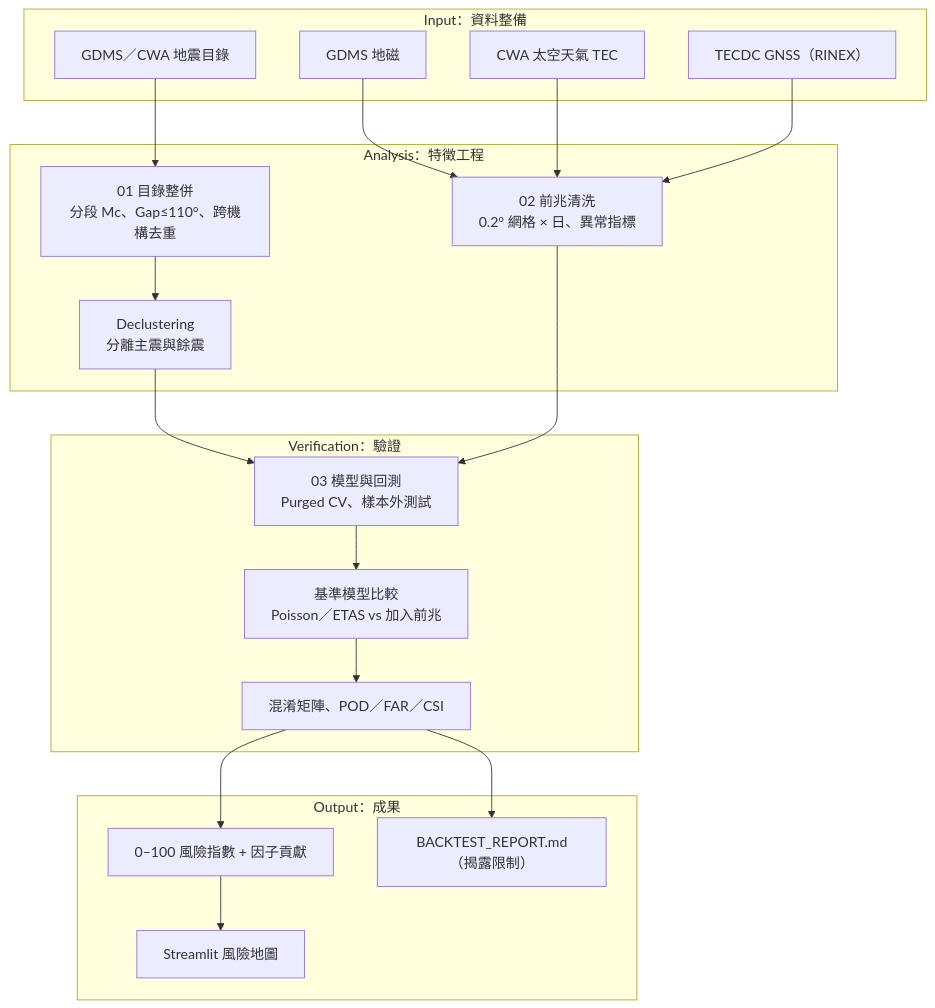
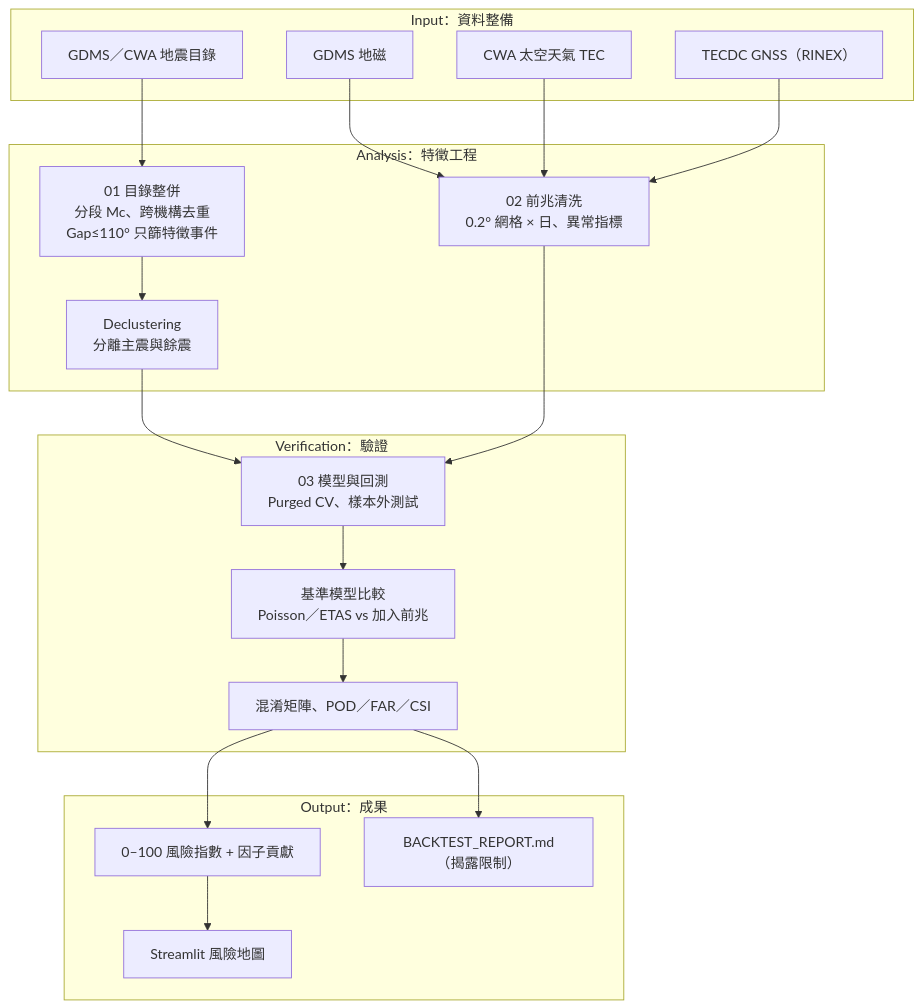
Before and after one commit to Azazelowo/earthquake-risk-project: the second of 2 diagrams in docs/PROJECT_OVERVIEW.md, drawn with Mermaid. The commit also changed other lines of this file and 2 other files, not shown here.

First line of the commit message:
fix: Gap 門檻只篩特徵事件，保留所有 ML≥5.5 目標事件

````diff
--- a/docs/PROJECT_OVERVIEW.md
+++ b/docs/PROJECT_OVERVIEW.md
@@ -230,38 +230,38 @@
 ```mermaid
 flowchart TD
     subgraph Input["Input：資料整備"]
         I1["GDMS／CWA 地震目錄"]
         I2["GDMS 地磁"]
         I3["CWA 太空天氣 TEC"]
         I4["TECDC GNSS（RINEX）"]
     end
 
     subgraph Analysis["Analysis：特徵工程"]
-        A1["01 目錄整併<br/>分段 Mc、Gap≤110°、跨機構去重"]
+        A1["01 目錄整併<br/>分段 Mc、跨機構去重<br/>Gap≤110° 只篩特徵事件"]
         A2["Declustering<br/>分離主震與餘震"]
         A3["02 前兆清洗<br/>0.2° 網格 × 日、異常指標"]
     end
 
     subgraph Verification["Verification：驗證"]
         V1["03 模型與回測<br/>Purged CV、樣本外測試"]
         V2["基準模型比較<br/>Poisson／ETAS vs 加入前兆"]
         V3["混淆矩陣、POD／FAR／CSI"]
     end
 
     subgraph Output["Output：成果"]
         O1["0–100 風險指數 + 因子貢獻"]
         O2["BACKTEST_REPORT.md（揭露限制）"]
         O3["Streamlit 風險地圖"]
     end
 
     I1 --> A1 --> A2
     I2 --> A3
     I3 --> A3
     I4 --> A3
     A2 --> V1
     A3 --> V1
     V1 --> V2 --> V3
     V3 --> O1
     V3 --> O2
     O1 --> O3
 ```
````
